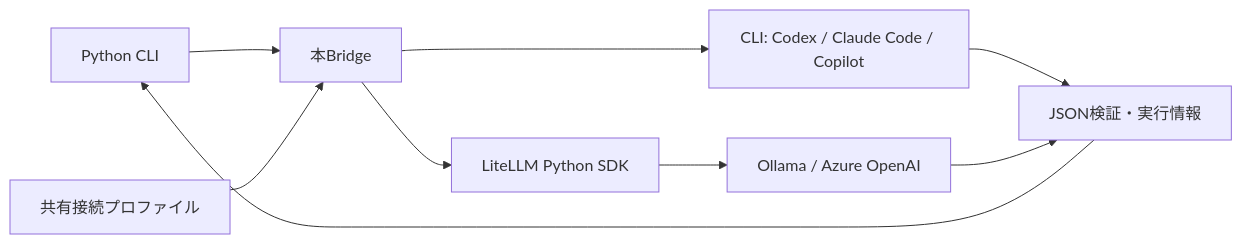
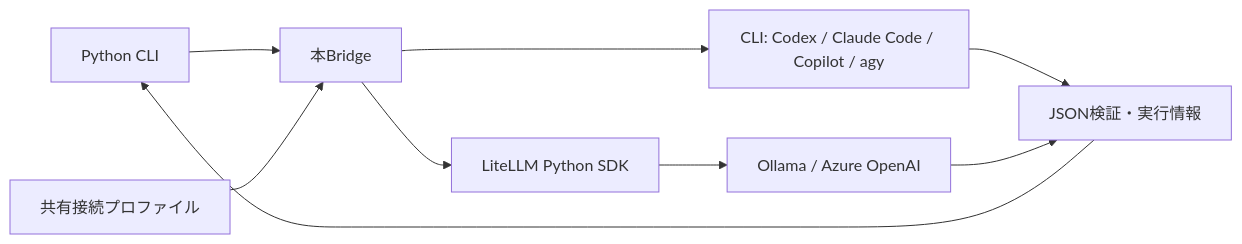
The second of 2 diagrams in README.md (tuckn/tkn_genai_bridge), drawn with Mermaid before and after one commit. The commit also changed other lines of this file and 13 other files, not shown here.

````diff
--- a/README.md
+++ b/README.md
@@ -40,11 +40,11 @@
 ```mermaid
 flowchart LR
     A["Python CLI"] --> B["本Bridge"]
     C["共有接続プロファイル"] --> B
-    B --> D["CLI: Codex / Claude Code / Copilot"]
+    B --> D["CLI: Codex / Claude Code / Copilot / agy"]
     B --> E["LiteLLM Python SDK"]
     E --> G["Ollama / Azure OpenAI"]
     D --> F["JSON検証・実行情報"]
     G --> F
     F --> A
 ```
````
